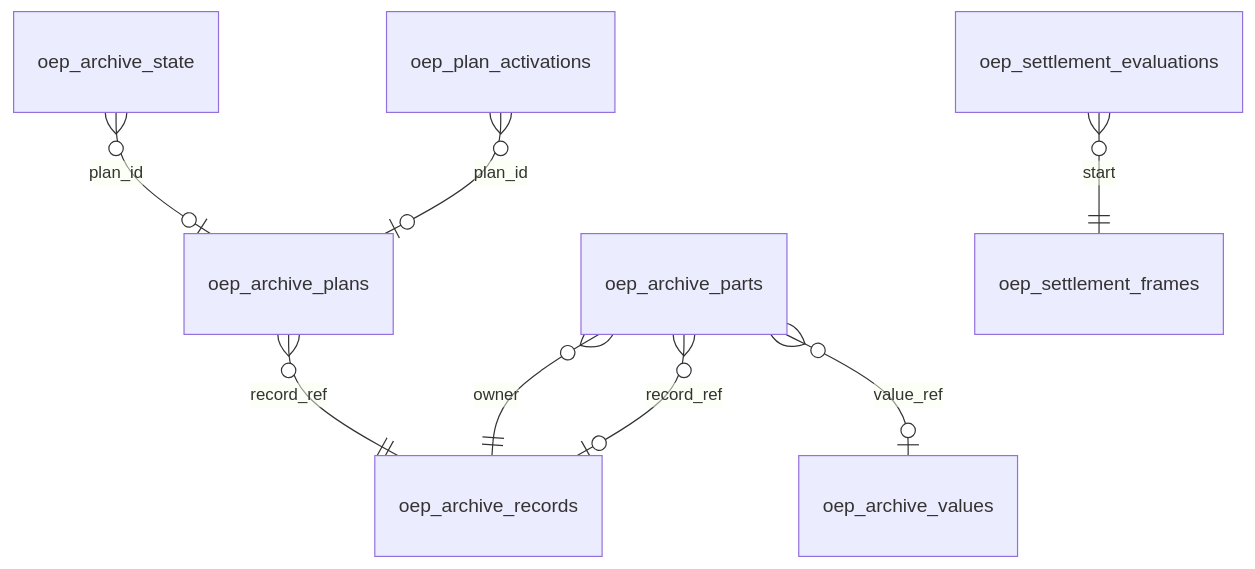
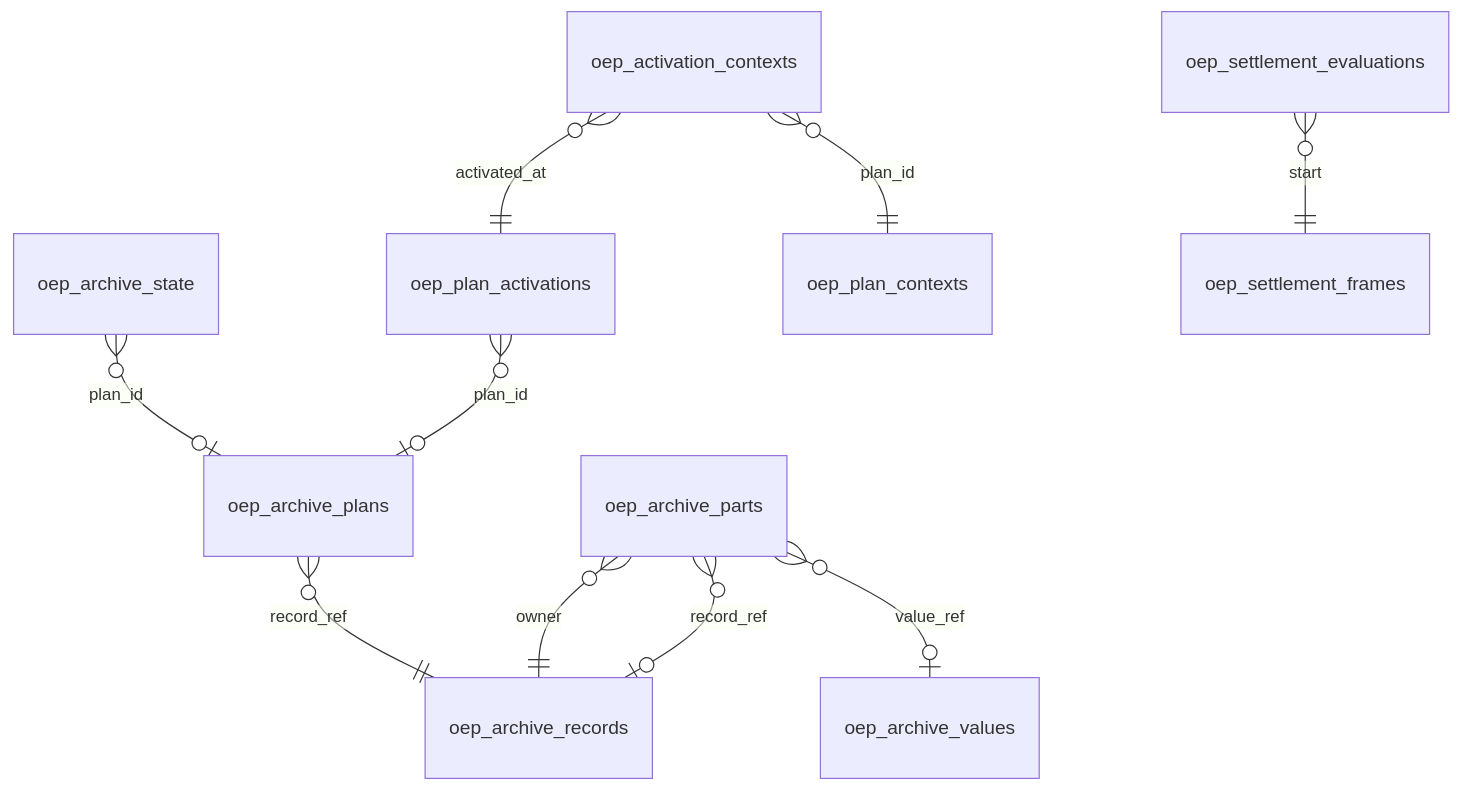
The diagram in docs/development/DATABASE-SCHEMA.md (patrickvorgers/open-energy-planner), drawn with Mermaid before and after one commit. The commit also changed other lines of this file and 39 other files, not shown here.

````diff
--- a/docs/development/DATABASE-SCHEMA.md
+++ b/docs/development/DATABASE-SCHEMA.md
@@ -105,10 +111,12 @@
 ```mermaid
 erDiagram
     oep_archive_plans }o--|| oep_archive_records : record_ref
     oep_archive_parts }o--|| oep_archive_records : owner
     oep_archive_parts }o--o| oep_archive_records : record_ref
     oep_archive_parts }o--o| oep_archive_values : value_ref
     oep_archive_state }o--o| oep_archive_plans : plan_id
     oep_plan_activations }o--o| oep_archive_plans : plan_id
+    oep_activation_contexts }o--|| oep_plan_activations : activated_at
+    oep_activation_contexts }o--|| oep_plan_contexts : plan_id
     oep_settlement_evaluations }o--|| oep_settlement_frames : start
 ```
````
